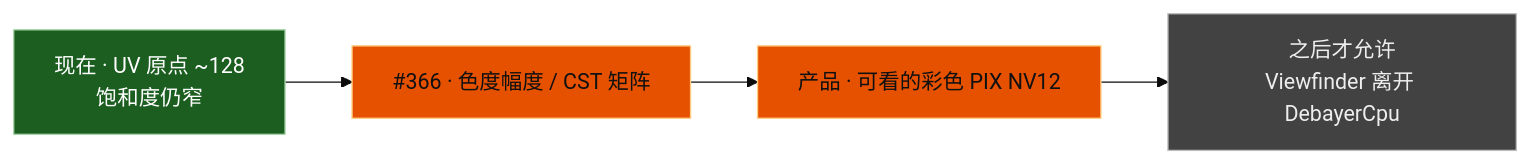
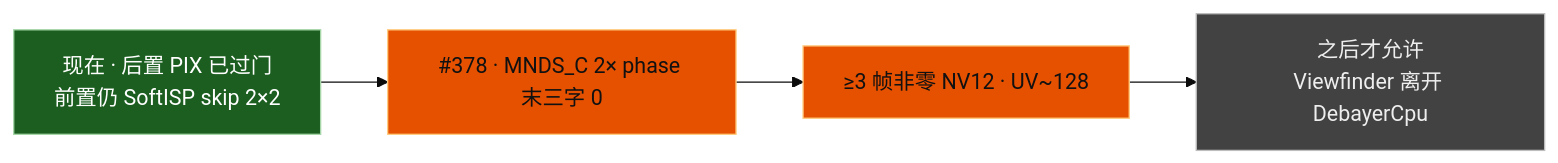
Before and after one commit to Huabin1010/dagu-mainline-linux: the first of 5 diagrams in linux-mainline/docs/dagu-ife-pipeline-status.md, drawn with Mermaid (base theme). The commit also changed other lines of this file and 52 other files, not shown here.

````diff
--- a/linux-mainline/docs/dagu-ife-pipeline-status.md
+++ b/linux-mainline/docs/dagu-ife-pipeline-status.md
@@ -27,17 +31,17 @@
 ```mermaid
 flowchart LR
-  NOW["现在 · UV 原点 ~128<br/>饱和度仍窄"]
-  CUT["#366 · 色度幅度 / CST 矩阵"]
-  GOAL["产品 · 可看的彩色 PIX NV12"]
+  NOW["现在 · 后置 PIX 已过门<br/>前置仍 SoftISP skip 2×2"]
+  CUT["#378 · MNDS_C 2× phase 末三字 0"]
+  GOAL["≥3 帧非零 NV12 · UV~128"]
   LATER["之后才允许<br/>Viewfinder 离开 DebayerCpu"]
   NOW --> CUT --> GOAL --> LATER
 
   class NOW ok
   class CUT gap
   class GOAL gap
   class LATER later
 
   classDef ok fill:#1b5e20,stroke:#a5d6a7,color:#fff
   classDef gap fill:#e65100,stroke:#ffcc80,color:#111
   classDef later fill:#424242,stroke:#bdbdbd,color:#eee
 ```
````
